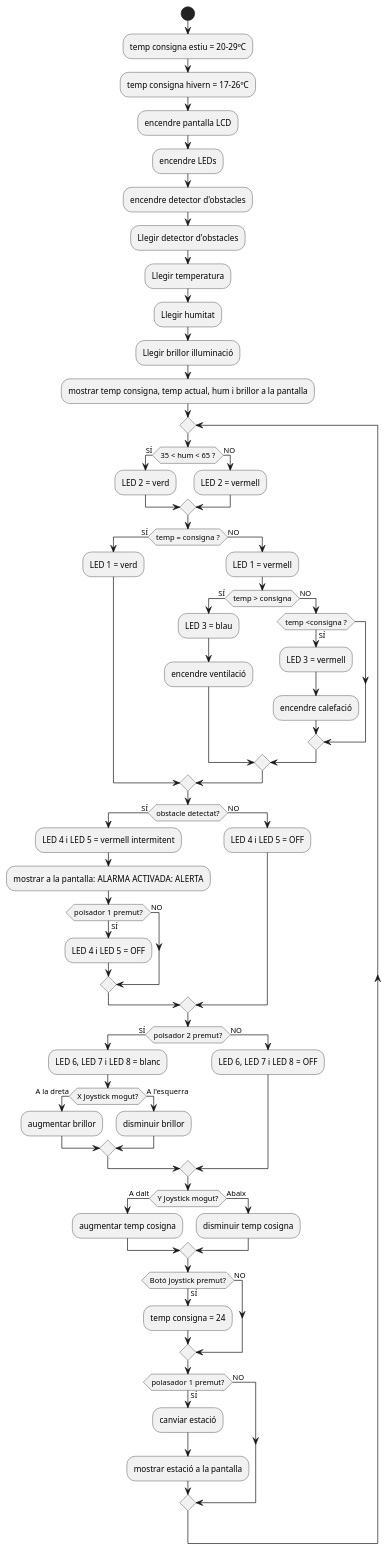
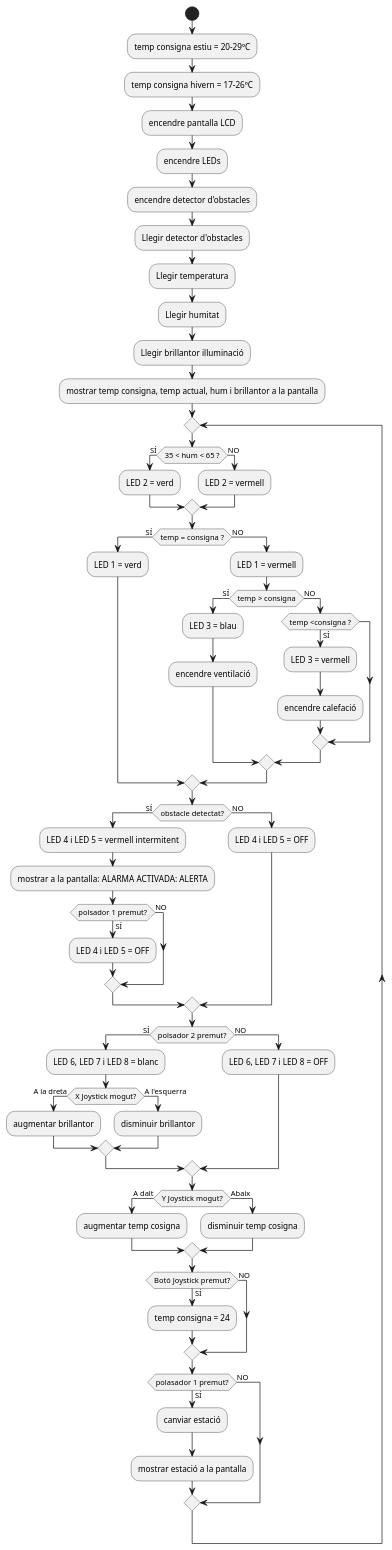
Before and after one commit to alex-touza/casa-domotica: the diagram in diagrams/flux.puml, drawn with PlantUML.

```diff
--- a/diagrams/flux.puml
+++ b/diagrams/flux.puml
@@ -1,68 +1,68 @@
 @startuml
 Start;
 :temp consigna estiu = 20-29ºC;
 :temp consigna hivern = 17-26ºC;
 :encendre pantalla LCD;
 :encendre LEDs;
 :encendre detector d'obstacles;
 :Llegir detector d'obstacles;
 :Llegir temperatura;
 :Llegir humitat;
-:Llegir brillor illuminació;
-:mostrar temp consigna, temp actual, hum i brillor a la pantalla;
+:Llegir brillantor illuminació;
+:mostrar temp consigna, temp actual, hum i brillantor a la pantalla;
 repeat
 if (35 < hum < 65 ?) then (SÍ)
  :LED 2 = verd;
  else (NO)
  :LED 2 = vermell;
 endif
 if (temp = consigna ?) then (SÍ)
  :LED 1 = verd;
  else (NO)
  :LED 1 = vermell;
 if (temp > consigna) then (SÍ)
   :LED 3 = blau;
   :encendre ventilació;
   else (NO)
    if (temp <consigna ?) then (SÍ)
    :LED 3 = vermell;
    :encendre calefació;
 endif
 endif
 endif
 if (obstacle detectat?) then (SÍ)
  :LED 4 i LED 5 = vermell intermitent;
  :mostrar a la pantalla: ALARMA ACTIVADA: ALERTA;
  if (polsador 1 premut?) then (SÍ)
   :LED 4 i LED 5 = OFF;
   else (NO)
  endif
  else (NO)
  :LED 4 i LED 5 = OFF;
 endif
 if (polsador 2 premut?) then (SÍ)
  :LED 6, LED 7 i LED 8 = blanc;
   if (X Joystick mogut?) then (A la dreta)
-  :augmentar brillor;
+  :augmentar brillantor;
   else (A l'esquerra)
-  :disminuir brillor;
+  :disminuir brillantor;
   endif
  else (NO)
  :LED 6, LED 7 i LED 8 = OFF;
 endif
 if (Y Joystick mogut?) then (A dalt)
  :augmentar temp cosigna;
 else (Abaix)
  :disminuir temp cosigna;
 endif
 if (Botó Joystick premut?) then (SÍ)
  :temp consigna = 24;
 else (NO)
 endif
 if (polasador 1 premut?) then (SÍ)
  :canviar estació;
  :mostrar estació a la pantalla;
 else (NO)
 endif
 
 @enduml
```
